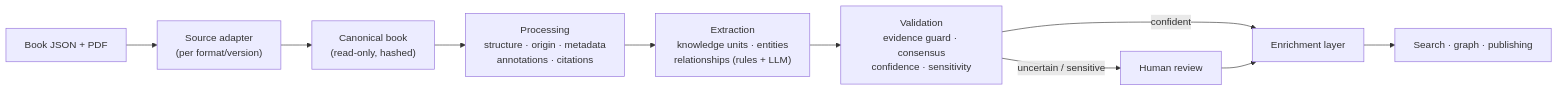
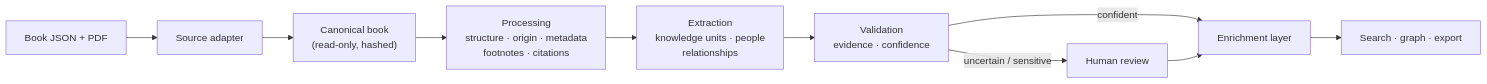
One commit to kakon-mehedi/ilm-engine changed the diagram in README.md. Above: the diagram before and after it, drawn with Mermaid. The commit also changed other lines of this file, not shown here.

````diff
--- a/README.md
+++ b/README.md
@@ -99,12 +35,12 @@
 ```mermaid
 flowchart LR
-    IN["Book JSON + PDF"] --> AD["Source adapter<br/>(per format/version)"]
+    IN["Book JSON + PDF"] --> AD["Source adapter"]
     AD --> CB["Canonical book<br/>(read-only, hashed)"]
-    CB --> P["Processing<br/>structure · origin · metadata<br/>annotations · citations"]
-    P --> X["Extraction<br/>knowledge units · entities<br/>relationships (rules + LLM)"]
-    X --> V["Validation<br/>evidence guard · consensus<br/>confidence · sensitivity"]
+    CB --> P["Processing<br/>structure · origin · metadata<br/>footnotes · citations"]
+    P --> X["Extraction<br/>knowledge units · people<br/>relationships"]
+    X --> V["Validation<br/>evidence · confidence"]
     V -->|confident| E["Enrichment layer"]
     V -->|uncertain / sensitive| R["Human review"]
     R --> E
-    E --> S["Search · graph · publishing"]
+    E --> S["Search · graph · export"]
 ```
````
